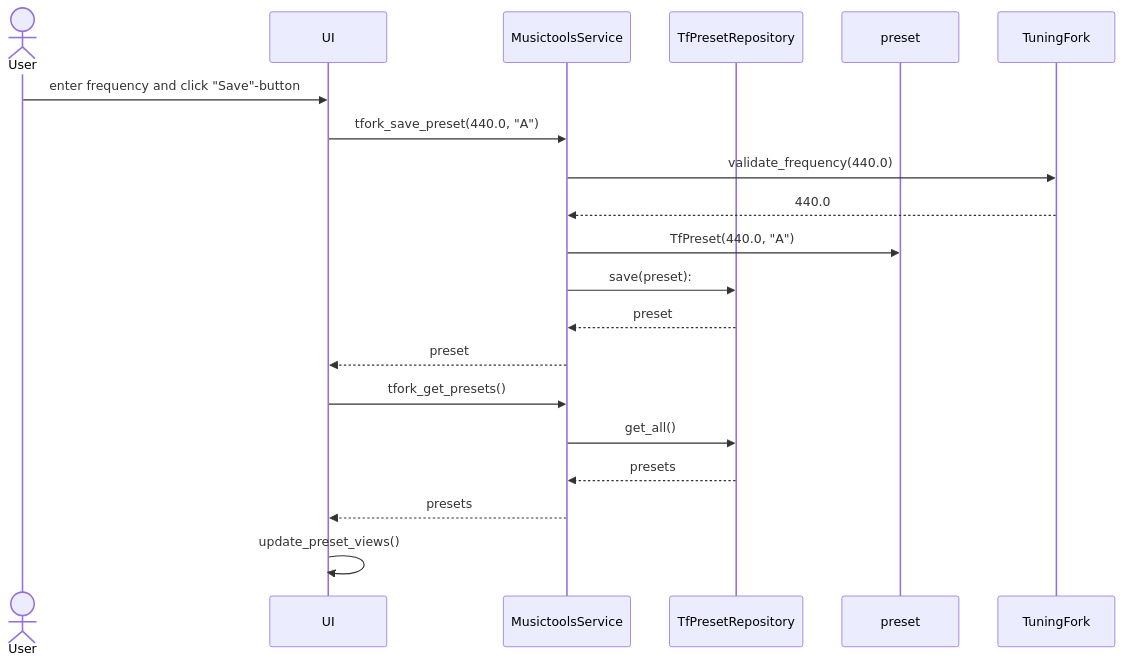
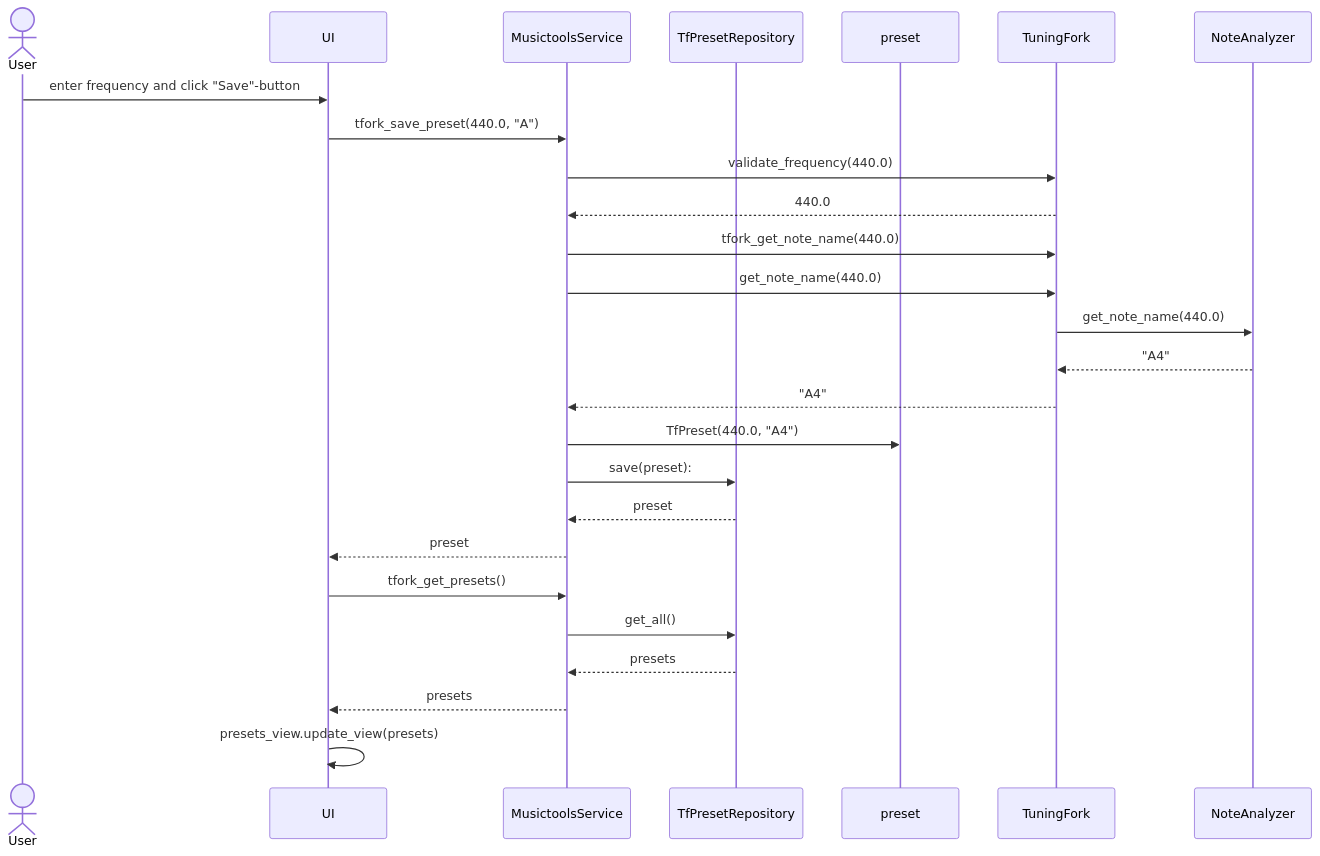
Before and after one commit to piamanns/ot-harjoitustyo: the third of 3 diagrams in musictools/dokumentaatio/arkkitehtuuri.md, drawn with Mermaid. The commit also changed other lines of this file, not shown here.

Commit message:
Add preliminary description of architecture

````diff
--- a/musictools/dokumentaatio/arkkitehtuuri.md
+++ b/musictools/dokumentaatio/arkkitehtuuri.md
@@ -65,22 +129,27 @@
 ```mermaid
 sequenceDiagram
     actor User
     participant UI
     participant MusictoolsService
     participant TfPresetRepository
     participant preset
     participant TuningFork
     User->>UI: enter frequency and click "Save"-button
     UI->>MusictoolsService: tfork_save_preset(440.0, "A")
     MusictoolsService->>TuningFork: validate_frequency(440.0)
     TuningFork-->>MusictoolsService: 440.0
-    MusictoolsService->>preset: TfPreset(440.0, "A")
+    MusictoolsService->>TuningFork: tfork_get_note_name(440.0)
+    MusictoolsService->>TuningFork: get_note_name(440.0)
+    TuningFork->>NoteAnalyzer: get_note_name(440.0)
+    NoteAnalyzer-->>TuningFork: "A4"
+    TuningFork-->>MusictoolsService: "A4"
+    MusictoolsService->>preset: TfPreset(440.0, "A4")
     MusictoolsService->>TfPresetRepository: save(preset):
     TfPresetRepository-->>MusictoolsService: preset
     MusictoolsService -->>UI: preset
     UI->>MusictoolsService: tfork_get_presets()
     MusictoolsService->>TfPresetRepository: get_all()
     TfPresetRepository-->>MusictoolsService: presets
     MusictoolsService-->>UI: presets
-    UI->>UI: update_preset_views()
+    UI->>UI: presets_view.update_view(presets)
 ```
````
